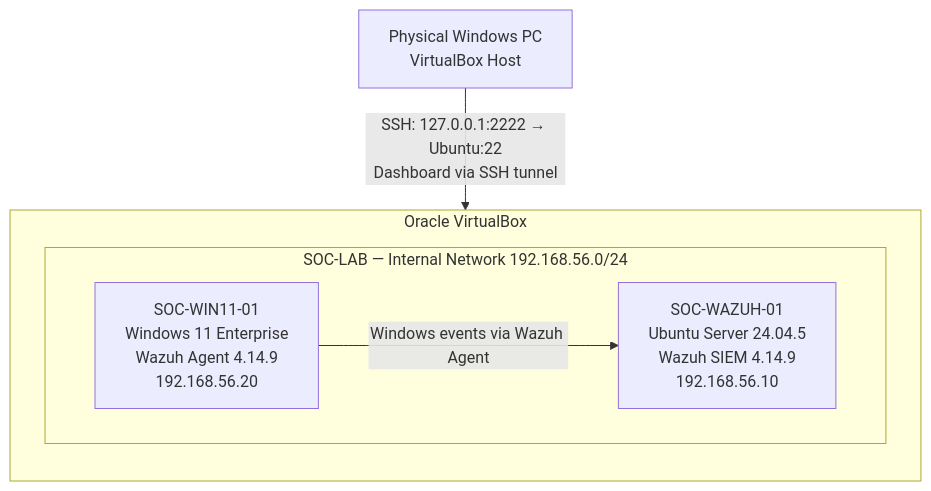
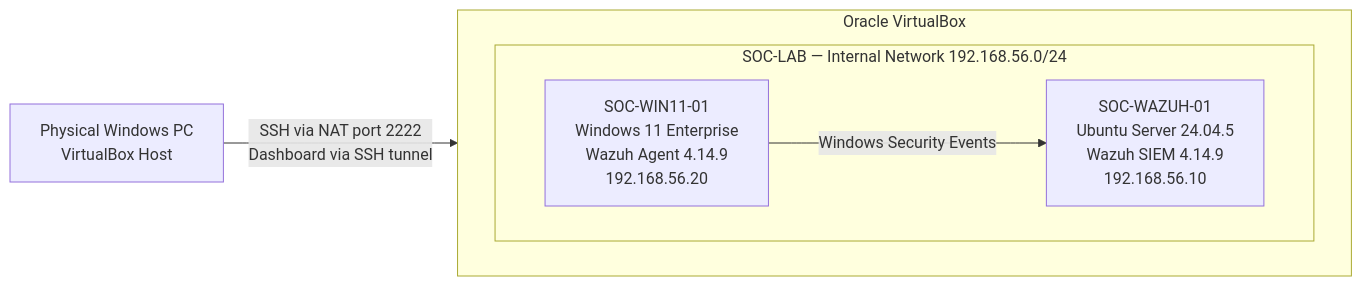
One commit to dannygray1/wazuh-soc-homelab changed the diagram in README.md. Above: the diagram before and after it, drawn with Mermaid.

Commit message:
Improve SOC lab architecture diagram layout

````diff
--- a/README.md
+++ b/README.md
@@ -27,16 +27,16 @@
 ```mermaid
-flowchart TB
+flowchart LR
     HOST["Physical Windows PC<br/>VirtualBox Host"]
 
     subgraph VBOX["Oracle VirtualBox"]
-        direction TB
+        direction LR
         subgraph LAB["SOC-LAB — Internal Network 192.168.56.0/24"]
             direction LR
             WIN["SOC-WIN11-01<br/>Windows 11 Enterprise<br/>Wazuh Agent 4.14.9<br/>192.168.56.20"]
             WAZUH["SOC-WAZUH-01<br/>Ubuntu Server 24.04.5<br/>Wazuh SIEM 4.14.9<br/>192.168.56.10"]
         end
     end
 
-    HOST -->|"SSH: 127.0.0.1:2222 → Ubuntu:22<br/>Dashboard via SSH tunnel"| WAZUH
-    WIN -->|"Windows events via Wazuh Agent"| WAZUH
+    HOST -->|"SSH via NAT port 2222<br/>Dashboard via SSH tunnel"| WAZUH
+    WIN -->|"Windows Security Events"| WAZUH
 ```
````
